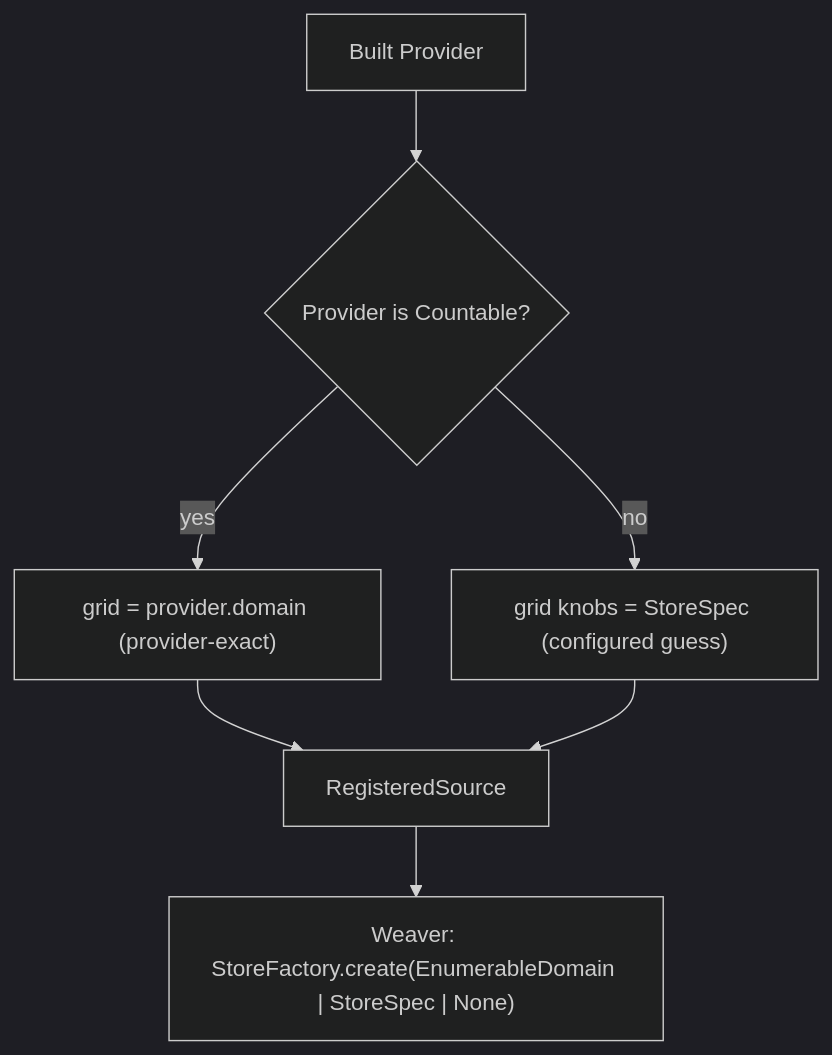
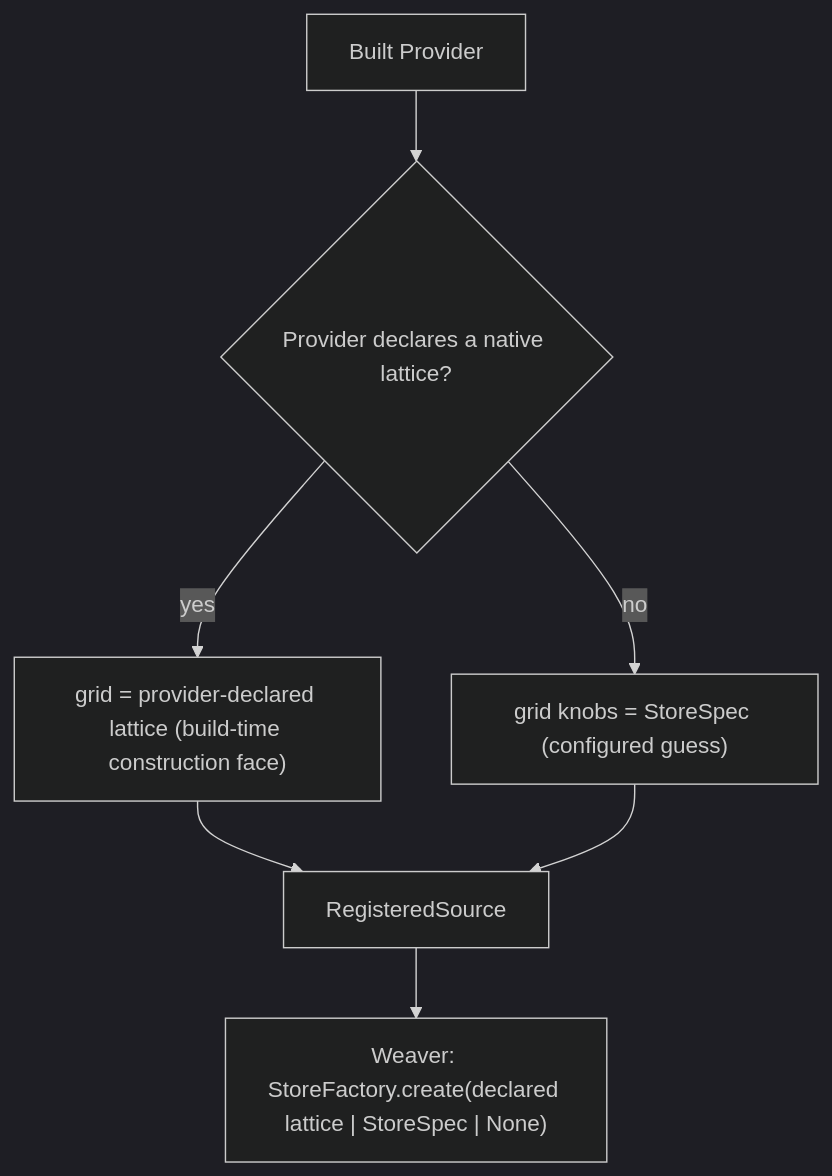
The fourth of 4 diagrams in docs/adr/0005-build-time-composition.md (dveyarangi/meteoscape), drawn with Mermaid (dark theme) before and after one commit. The commit also changed 15 other files, not shown here.

First line of the commit message:
002 align: vantage Z carriage (VantageAxis/IntervalAxis/GridDomain, request-side matching) + ADR-0006 materialization granularity.

````diff
--- a/docs/adr/0005-build-time-composition.md
+++ b/docs/adr/0005-build-time-composition.md
@@ -74,9 +74,9 @@
 ```mermaid
 flowchart TD
-  P[Built Provider] --> C{Provider is Countable?}
-  C -->|yes| N["grid = provider.domain (provider-exact)"]
+  P[Built Provider] --> C{Provider declares a native lattice?}
+  C -->|yes| N["grid = provider-declared lattice (build-time construction face)"]
   C -->|no| G["grid knobs = StoreSpec (configured guess)"]
   N --> S[RegisteredSource]
   G --> S
-  S --> W["Weaver: StoreFactory.create(EnumerableDomain | StoreSpec | None)"]
+  S --> W["Weaver: StoreFactory.create(declared lattice | StoreSpec | None)"]
 ```
````
